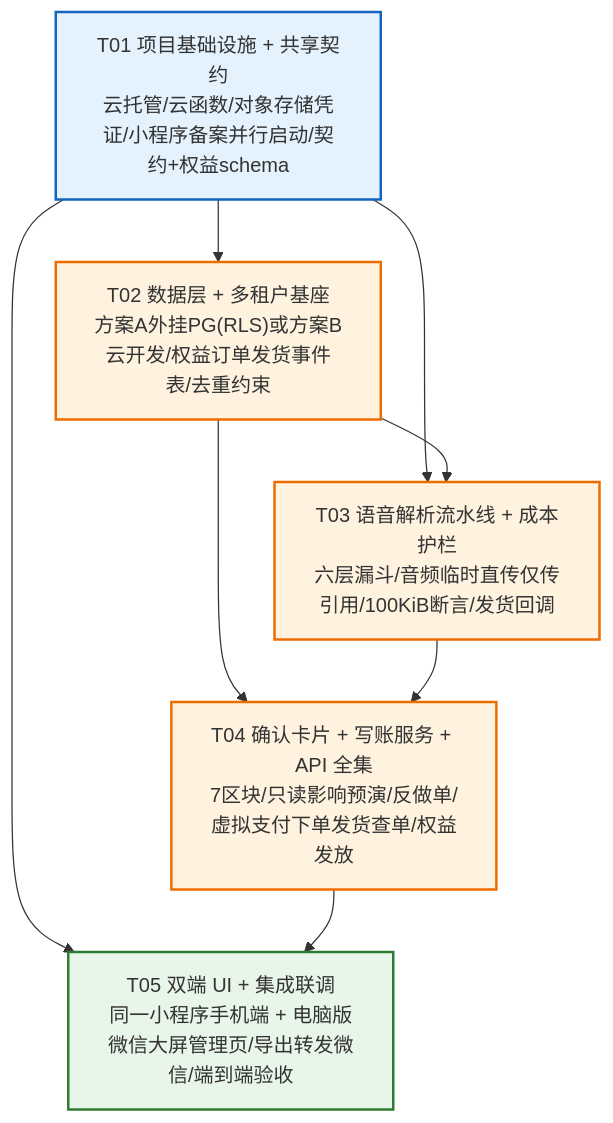
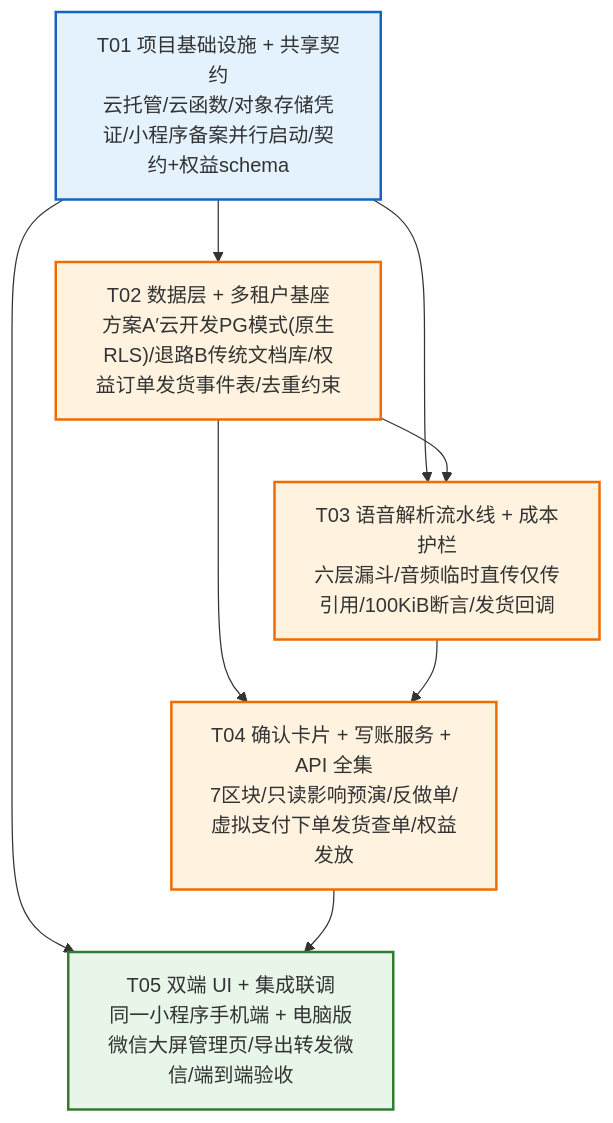
Before and after one commit to aha-woo/tts_jinxiaocun: diagram 18 of 18 in docs/02-架构设计.md, drawn with Mermaid. The commit also changed other lines of this file and 3 other files, not shown here.

````diff
--- a/docs/02-架构设计.md
+++ b/docs/02-架构设计.md
@@ -2034,23 +2039,23 @@
 ```mermaid
 graph TD
   T01["T01 项目基础设施 + 共享契约<br/>云托管/云函数/对象存储凭证/小程序备案并行启动/契约+权益schema"]
-  T02["T02 数据层 + 多租户基座<br/>方案A外挂PG(RLS)或方案B云开发/权益订单发货事件表/去重约束"]
+  T02["T02 数据层 + 多租户基座<br/>方案A′云开发PG模式(原生RLS)/退路B传统文档库/权益订单发货事件表/去重约束"]
   T03["T03 语音解析流水线 + 成本护栏<br/>六层漏斗/音频临时直传仅传引用/100KiB断言/发货回调"]
   T04["T04 确认卡片 + 写账服务 + API 全集<br/>7区块/只读影响预演/反做单/虚拟支付下单发货查单/权益发放"]
   T05["T05 双端 UI + 集成联调<br/>同一小程序手机端 + 电脑版微信大屏管理页/导出转发微信/端到端验收"]
 
   T01 --> T02
   T01 --> T03
   T01 --> T05
   T02 --> T03
   T02 --> T04
   T03 --> T04
   T04 --> T05
 
   classDef base fill:#e3f2fd,stroke:#1565c0,stroke-width:2px;
   classDef core fill:#fff3e0,stroke:#ef6c00,stroke-width:2px;
   classDef ui fill:#e8f5e9,stroke:#2e7d32,stroke-width:2px;
   class T01 base;
   class T02,T03,T04 core;
   class T05 ui;
 ```
````
